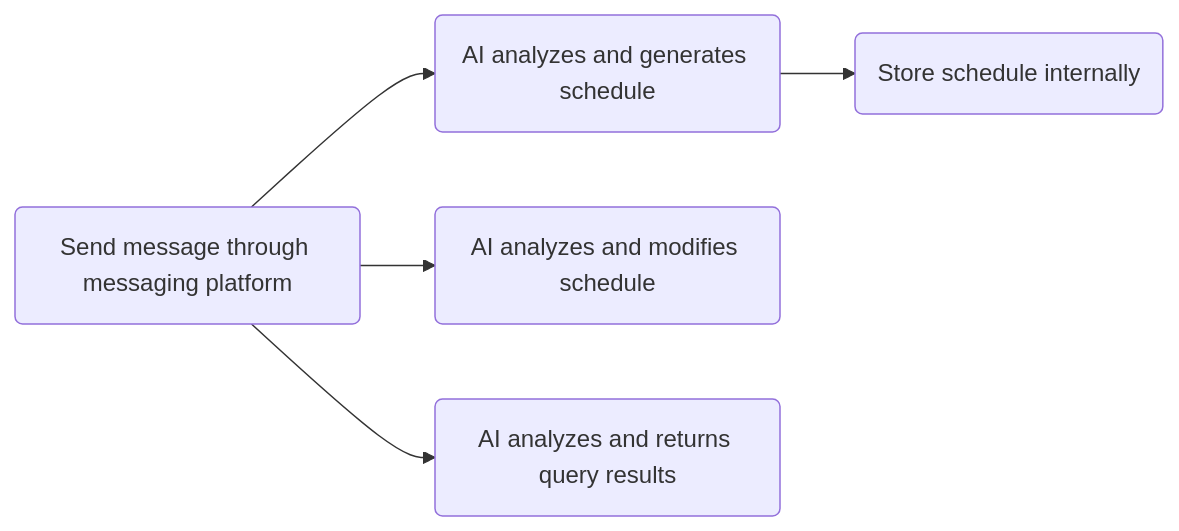
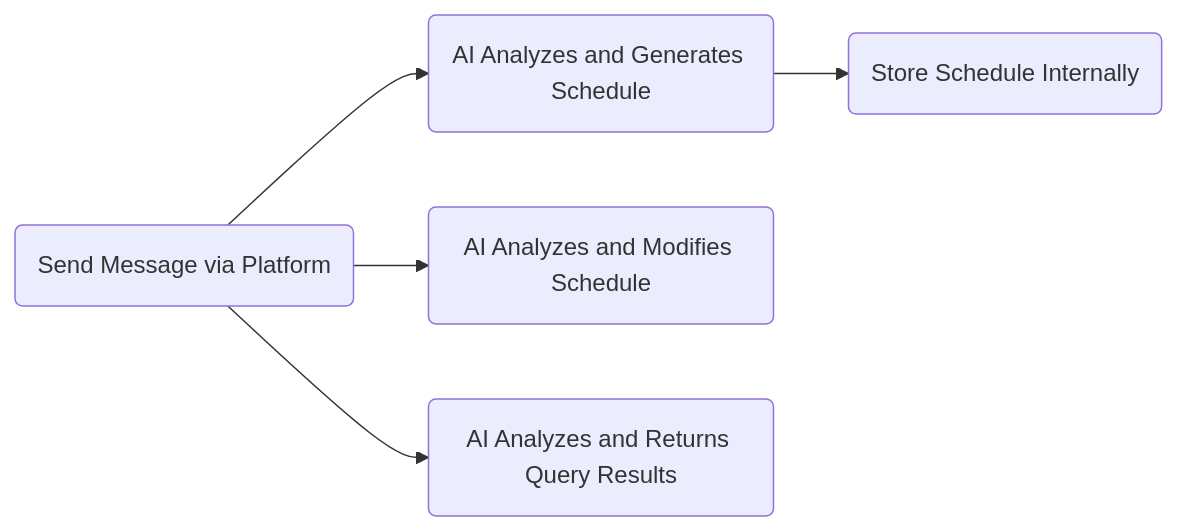
Before and after one commit to morethan987/hugo_main: the second of 2 diagrams in content/blog/schedule-management-report/index.en.md, drawn with Mermaid. The commit also changed other lines of this file and 10 other files, not shown here.

````diff
--- a/content/blog/schedule-management-report/index.en.md
+++ b/content/blog/schedule-management-report/index.en.md
@@ -105,6 +93,7 @@
-{{< mermaid >}}
-graph LR;
-id1("Send message through messaging platform")-->id2("AI analyzes and generates schedule")-->id3("Store schedule internally");
-id1("Send message through messaging platform")-->id4("AI analyzes and modifies schedule");
-id1("Send message through messaging platform")-->id5("AI analyzes and returns query results");
-{{< /mermaid >}}
+```mermaid  
+graph LR;  
+
+id1("Send Message via Platform")-->id2("AI Analyzes and Generates Schedule")-->id3("Store Schedule Internally");  
+id1("Send Message via Platform")-->id4("AI Analyzes and Modifies Schedule");  
+id1("Send Message via Platform")-->id5("AI Analyzes and Returns Query Results")  
+```  
````
